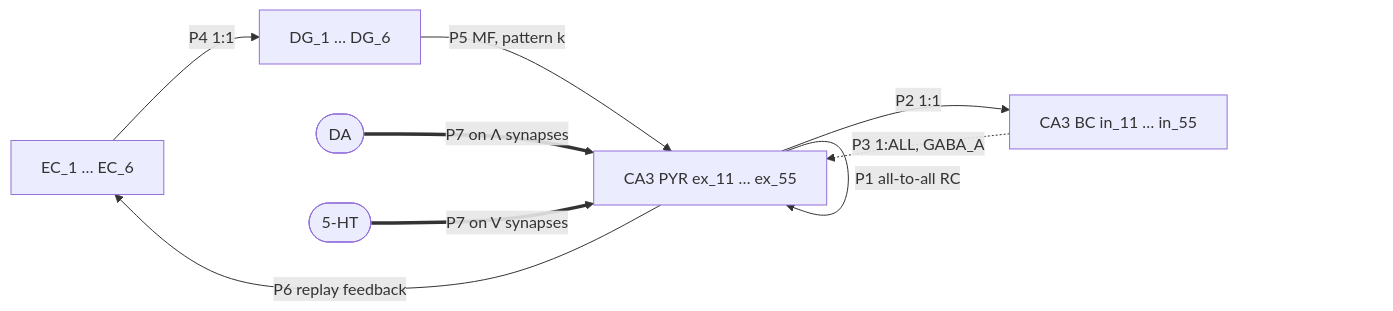
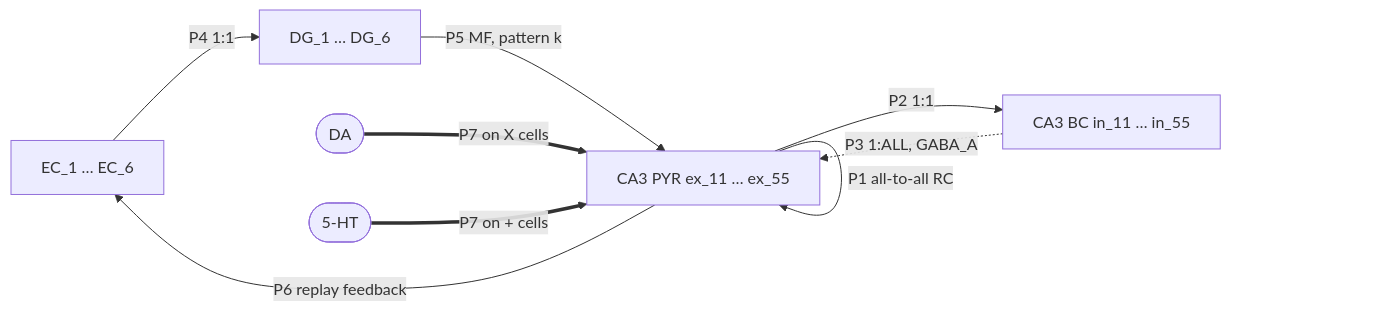
One commit to max-talanov/tinyCA3 changed the diagram in docs/ca3_basic_circuit_architecture.md. Above: the diagram before and after it, drawn with Mermaid. The commit also changed other lines of this file and 20 other files, not shown here.

First line of the commit message:
Layout B: disjoint patterns of the corrected figure, synapse-class readout

````diff
--- a/docs/ca3_basic_circuit_architecture.md
+++ b/docs/ca3_basic_circuit_architecture.md
@@ -69,11 +70,11 @@
 ```mermaid
 flowchart LR
     EC["EC_1 … EC_6"] -->|"P4 1:1"| DG["DG_1 … DG_6"]
     DG -->|"P5 MF, pattern k"| PYR["CA3 PYR ex_11 … ex_55"]
     PYR -->|"P1 all-to-all RC"| PYR
     PYR -->|"P2 1:1"| BC["CA3 BC in_11 … in_55"]
     BC -.->|"P3 1:ALL, GABA_A"| PYR
     PYR -->|"P6 replay feedback"| EC
-    DA(["DA"]) ==>|"P7 on Λ synapses"| PYR
-    HT(["5-HT"]) ==>|"P7 on V synapses"| PYR
+    DA(["DA"]) ==>|"P7 on X cells"| PYR
+    HT(["5-HT"]) ==>|"P7 on + cells"| PYR
 ```
````
